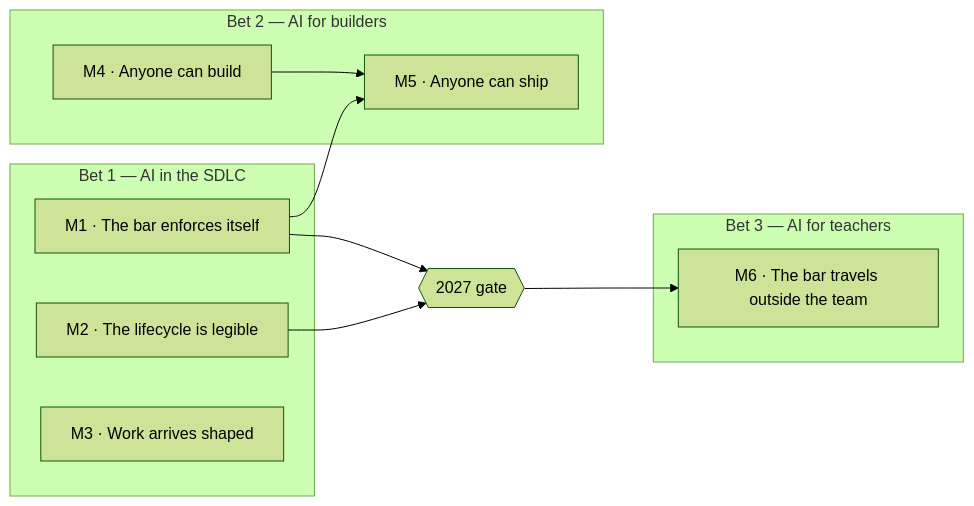
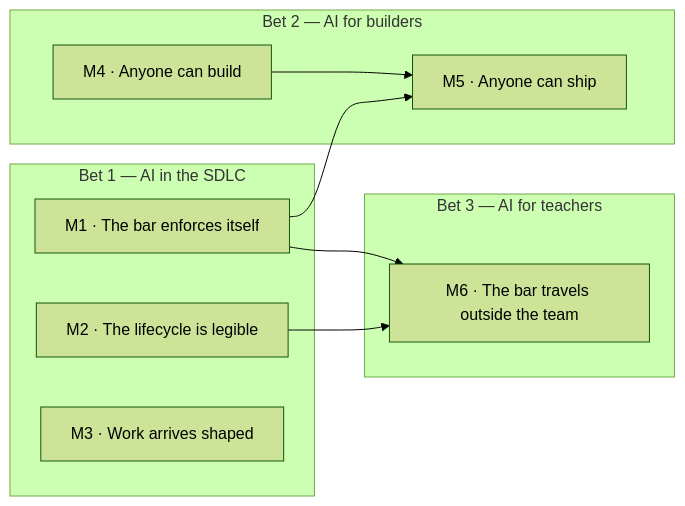
One commit to transformteamsg/dx-harness changed the diagram in docs/ROADMAP-DRAFT.md. Above: the diagram before and after it, drawn with Mermaid (forest theme). The commit also changed other lines of this file and 1 other file, not shown here.

First line of the commit message:
docs: drop the 2027 gate from both documents

````diff
--- a/docs/ROADMAP-DRAFT.md
+++ b/docs/ROADMAP-DRAFT.md
@@ -15,25 +15,22 @@
 ```mermaid
 flowchart LR
     subgraph BET1["Bet 1 — AI in the SDLC"]
         M1["M1 · The bar enforces itself"]
         M2["M2 · The lifecycle is legible"]
         M3["M3 · Work arrives shaped"]
     end
 
     subgraph BET2["Bet 2 — AI for builders"]
         M4["M4 · Anyone can build"]
         M5["M5 · Anyone can ship"]
     end
 
-    GATE{{"2027 gate"}}
-
     subgraph BET3["Bet 3 — AI for teachers"]
         M6["M6 · The bar travels outside the team"]
     end
 
     M1 --> M5
     M4 --> M5
-    M1 --> GATE
-    M2 --> GATE
-    GATE --> M6
+    M1 --> M6
+    M2 --> M6
 ```
````
